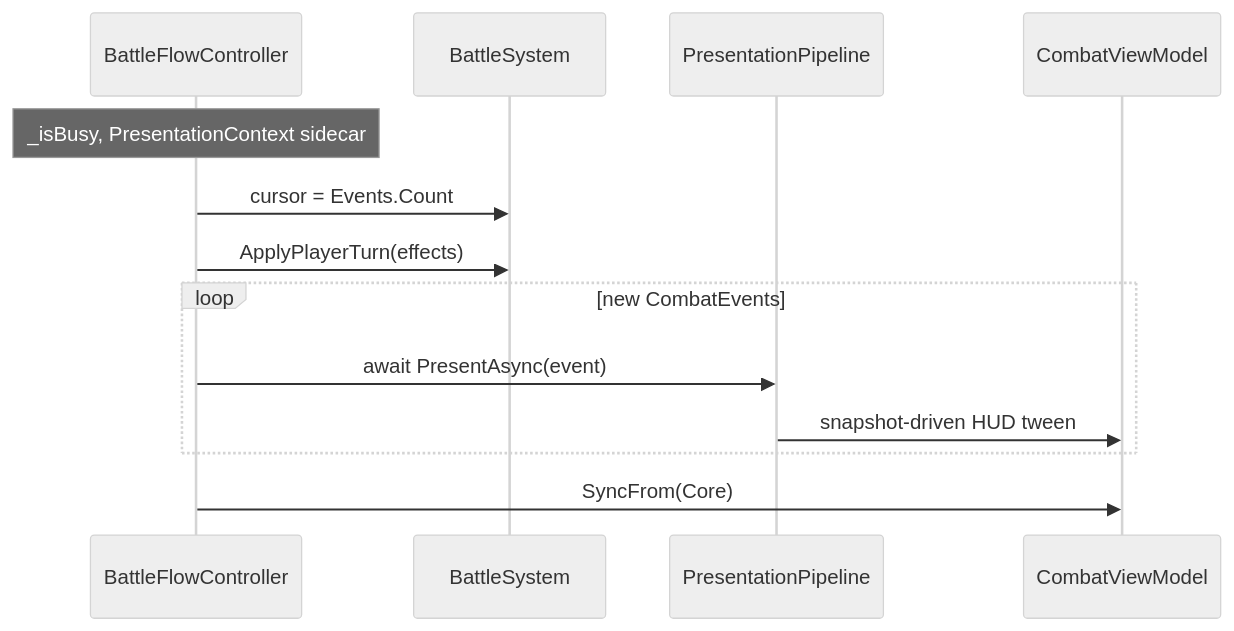
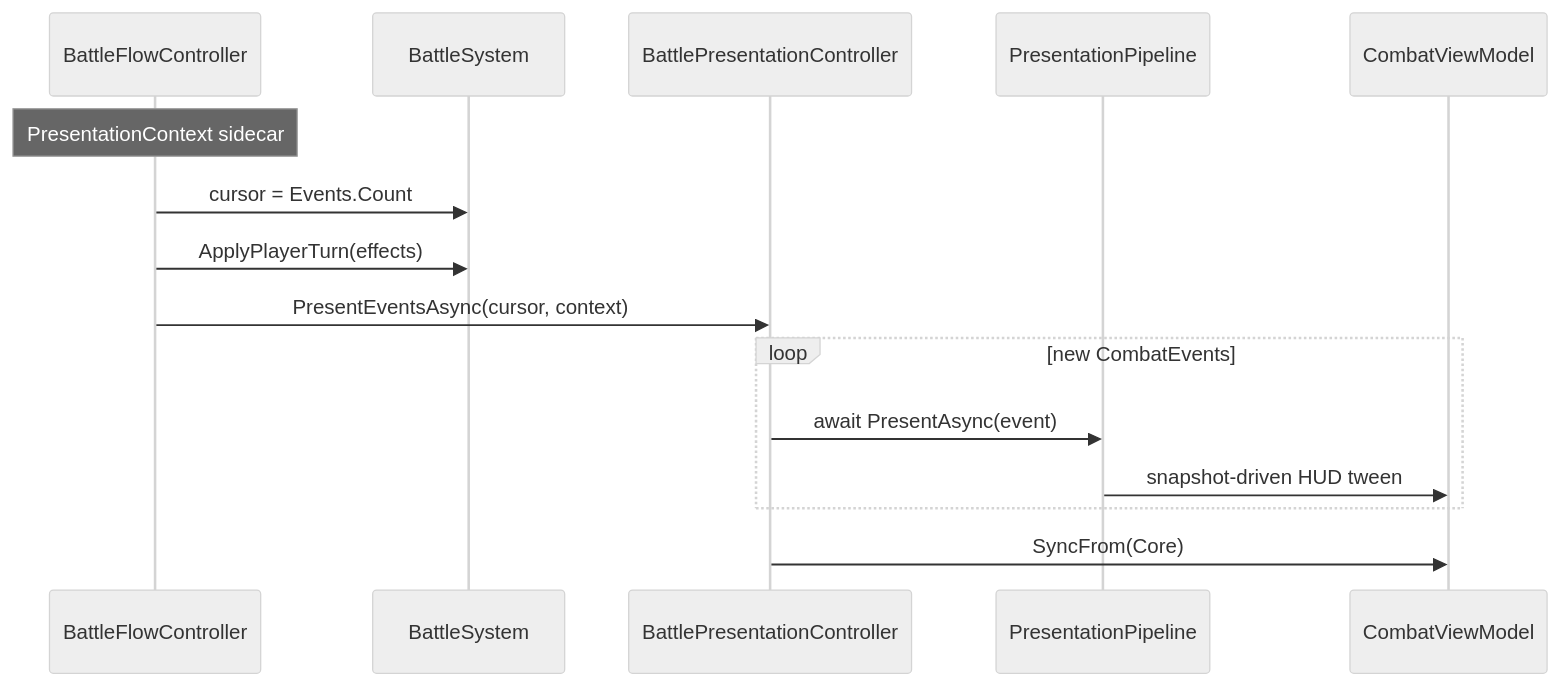
Before and after one commit to YooKyubin/SlotRogue: the fifth of 5 diagrams in docs/design-docs/combat-core.md, drawn with Mermaid (neutral theme). The commit also changed other lines of this file and 448 other files, not shown here.

````diff
--- a/docs/design-docs/combat-core.md
+++ b/docs/design-docs/combat-core.md
@@ -278,16 +279,18 @@
 ```mermaid
 sequenceDiagram
     participant Flow as BattleFlowController
     participant Core as BattleSystem
+    participant Presentation as BattlePresentationController
     participant Pipe as PresentationPipeline
     participant VM as CombatViewModel
 
-    Note over Flow: _isBusy, PresentationContext sidecar
+    Note over Flow: PresentationContext sidecar
     Flow->>Core: cursor = Events.Count
     Flow->>Core: ApplyPlayerTurn(effects)
+    Flow->>Presentation: PresentEventsAsync(cursor, context)
     loop new CombatEvents
-        Flow->>Pipe: await PresentAsync(event)
+        Presentation->>Pipe: await PresentAsync(event)
         Pipe->>VM: snapshot-driven HUD tween
     end
-    Flow->>VM: SyncFrom(Core)
+    Presentation->>VM: SyncFrom(Core)
 ```
````
